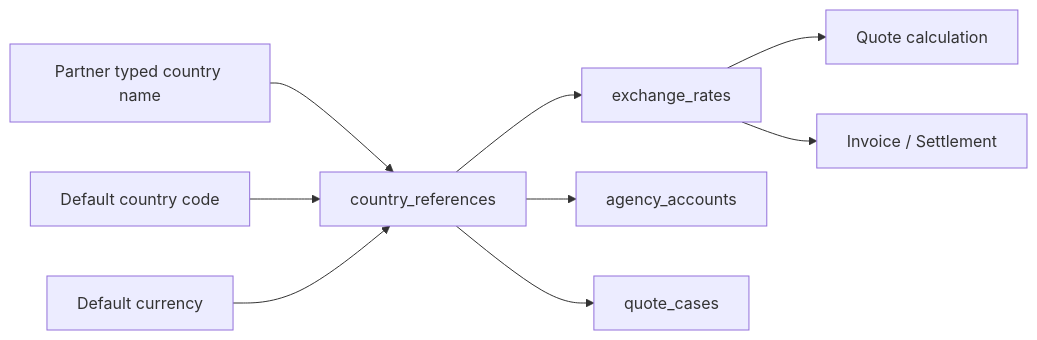
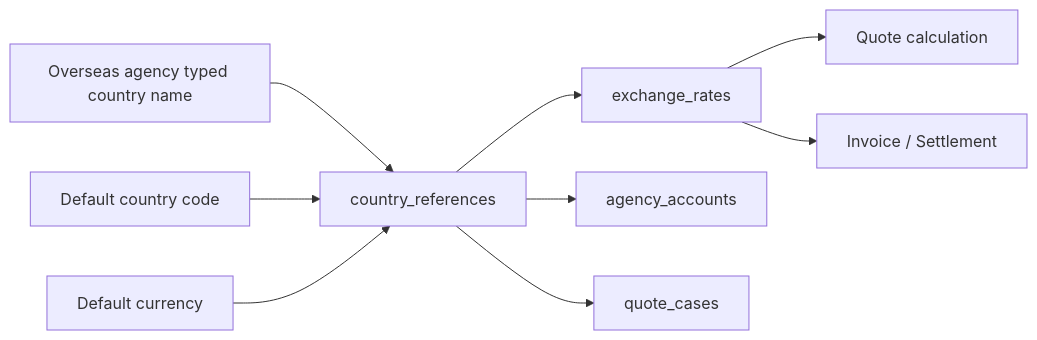
One commit to sksmsrkk-glitch/JHT_Booking_Sys changed the eighth of 10 diagrams in README.md. Above: the diagram before and after it, drawn with Mermaid. The commit also changed other lines of this file and 22 other files, not shown here.

````diff
--- a/README.md
+++ b/README.md
@@ -505,11 +506,11 @@
 ```mermaid
 flowchart LR
-  A["Partner typed country name"] --> B["country_references"]
+  A["Overseas agency typed country name"] --> B["country_references"]
   C["Default country code"] --> B
   D["Default currency"] --> B
   B --> E["exchange_rates"]
   B --> F["agency_accounts"]
   B --> G["quote_cases"]
   E --> H["Quote calculation"]
   E --> I["Invoice / Settlement"]
 ```
````
